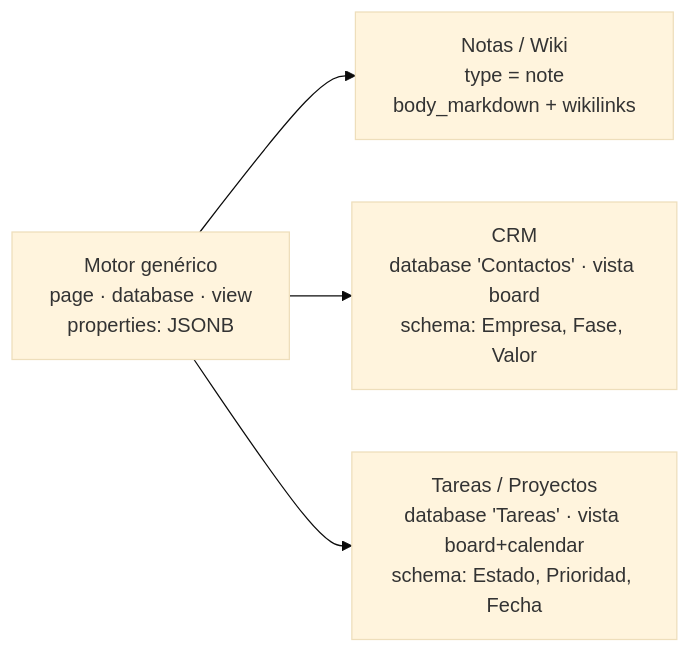
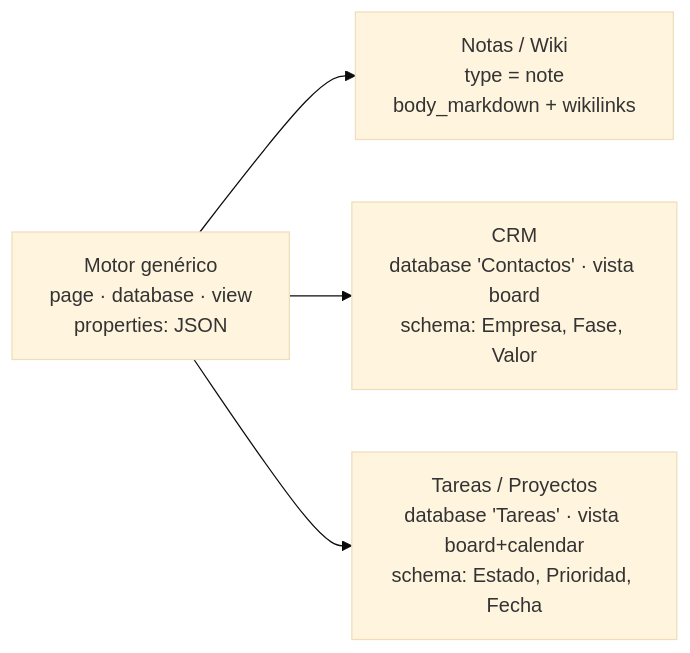
Before and after one commit to joaquinrodfer/MyDamnManagement: the first of 9 diagrams in docs/ARCHITECTURE.md, drawn with Mermaid (base theme). The commit also changed other lines of this file and 2 other files, not shown here.

````diff
--- a/docs/ARCHITECTURE.md
+++ b/docs/ARCHITECTURE.md
@@ -7,11 +18,11 @@
 ```mermaid
 graph LR
-    ENGINE["Motor genérico<br/>page · database · view<br/>properties: JSONB"]
+    ENGINE["Motor genérico<br/>page · database · view<br/>properties: JSON"]
     NOTES["Notas / Wiki<br/>type = note<br/>body_markdown + wikilinks"]
     CRM["CRM<br/>database 'Contactos' · vista board<br/>schema: Empresa, Fase, Valor"]
     TASKS["Tareas / Proyectos<br/>database 'Tareas' · vista board+calendar<br/>schema: Estado, Prioridad, Fecha"]
 
     ENGINE --> NOTES
     ENGINE --> CRM
     ENGINE --> TASKS
 ```
````
